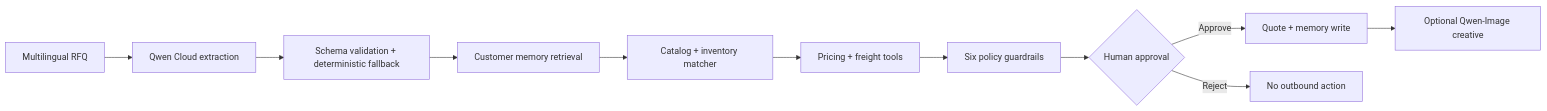
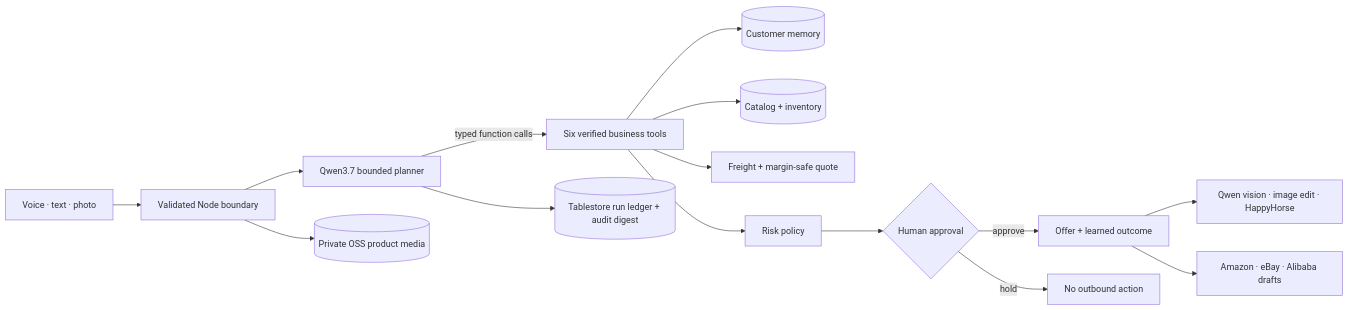
Before and after one commit to mongonsh/QuoteX: the diagram in README.md, drawn with Mermaid. The commit also changed other lines of this file and 115 other files, not shown here.

````diff
--- a/README.md
+++ b/README.md
@@ -38,13 +54,17 @@
 ```mermaid
 flowchart LR
-    A[Multilingual RFQ] --> B[Qwen Cloud extraction]
-    B --> C[Schema validation + deterministic fallback]
-    C --> D[Customer memory retrieval]
-    D --> E[Catalog + inventory matcher]
-    E --> F[Pricing + freight tools]
-    F --> G[Six policy guardrails]
-    G --> H{Human approval}
-    H -->|Approve| I[Quote + memory write]
-    H -->|Reject| J[No outbound action]
-    I --> K[Optional Qwen-Image creative]
+    U[Voice · text · photo] --> API[Validated Node boundary]
+    API --> P[Qwen3.7 bounded planner]
+    P -->|typed function calls| T[Six verified business tools]
+    T --> MEM[(Customer memory)]
+    T --> CAT[(Catalog + inventory)]
+    T --> QUOTE[Freight + margin-safe quote]
+    T --> POLICY[Risk policy]
+    POLICY --> GATE{Human approval}
+    GATE -->|approve| OUT[Offer + learned outcome]
+    GATE -->|hold| STOP[No outbound action]
+    P --> LEDGER[(Tablestore run ledger + audit digest)]
+    API --> OSS[(Private OSS product media)]
+    OUT --> MEDIA[Qwen vision · image edit · HappyHorse]
+    OUT --> MARKET[Amazon · eBay · Alibaba drafts]
 ```
````
